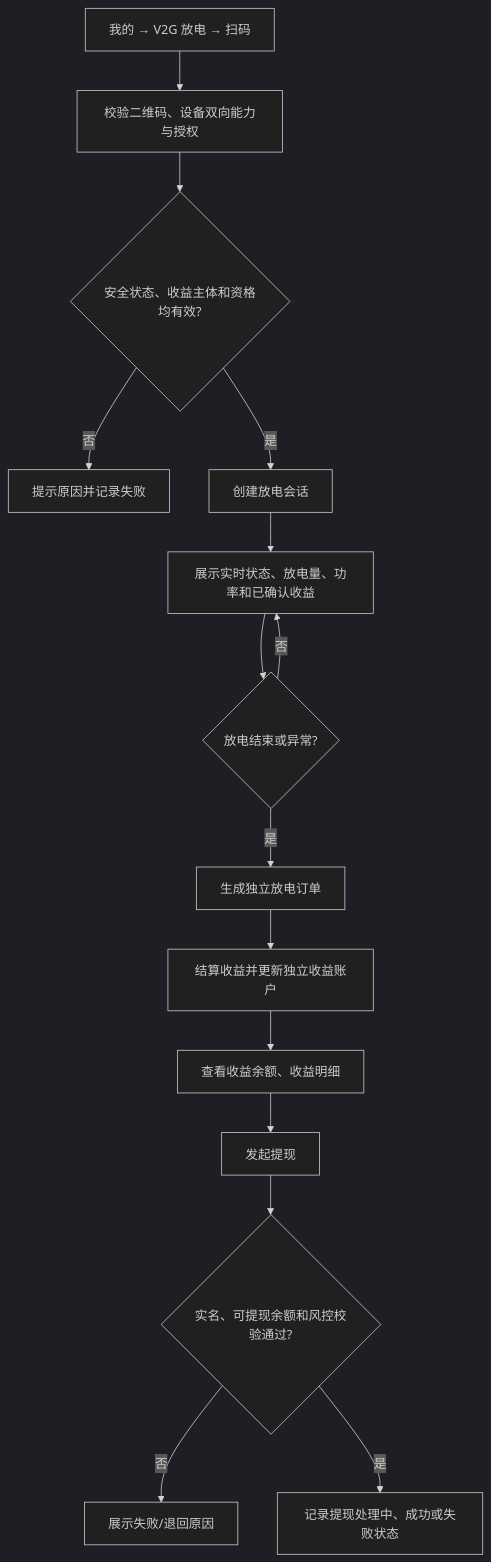
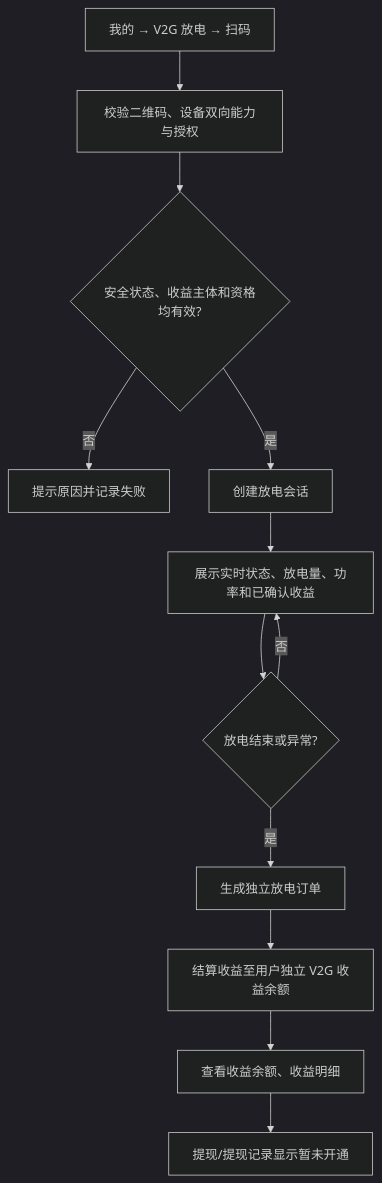
The ninth of 11 diagrams in ev-charging-operations/docs/requirements/充电运营平台场景与流程图集-v4.1.md (chenbinglei/charge-ai), drawn with Mermaid (dark theme) before and after one commit. The commit also changed other lines of this file and 88 other files, not shown here.

````diff
--- a/ev-charging-operations/docs/requirements/充电运营平台场景与流程图集-v4.1.md
+++ b/ev-charging-operations/docs/requirements/充电运营平台场景与流程图集-v4.1.md
@@ -150,17 +174,14 @@
 ```mermaid
 flowchart TD
   A[我的 → V2G 放电 → 扫码] --> B[校验二维码、设备双向能力与授权]
   B --> C{安全状态、收益主体和资格均有效?}
   C -->|否| D[提示原因并记录失败]
   C -->|是| E[创建放电会话]
   E --> F[展示实时状态、放电量、功率和已确认收益]
   F --> G{放电结束或异常?}
   G -->|否| F
   G -->|是| H[生成独立放电订单]
-  H --> I[结算收益并更新独立收益账户]
+  H --> I[结算收益至用户独立 V2G 收益余额]
   I --> J[查看收益余额、收益明细]
-  J --> K[发起提现]
-  K --> L{实名、可提现余额和风控校验通过?}
-  L -->|否| M[展示失败/退回原因]
-  L -->|是| N[记录提现处理中、成功或失败状态]
+  J --> K[提现/提现记录显示暂未开通]
 ```
````
